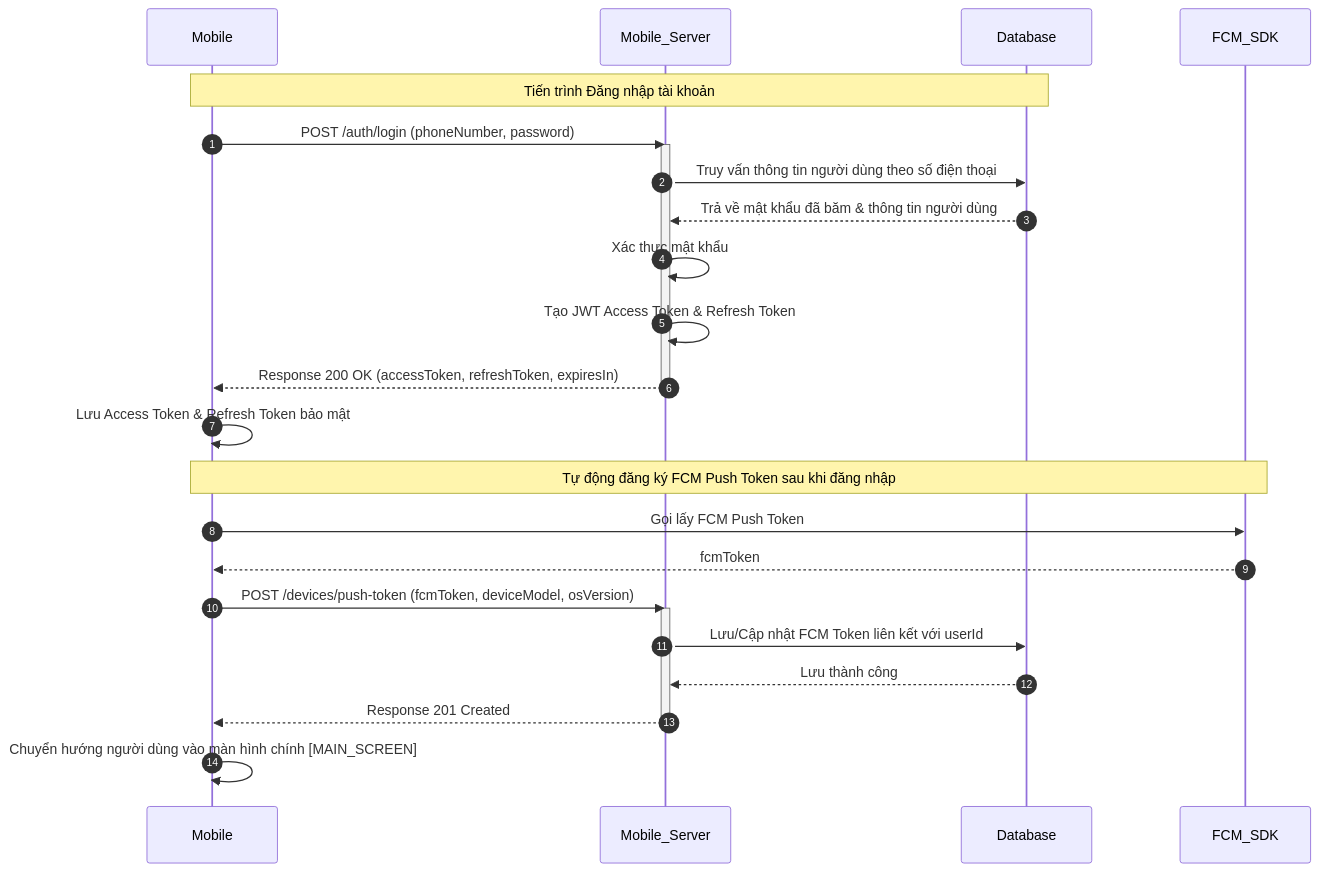
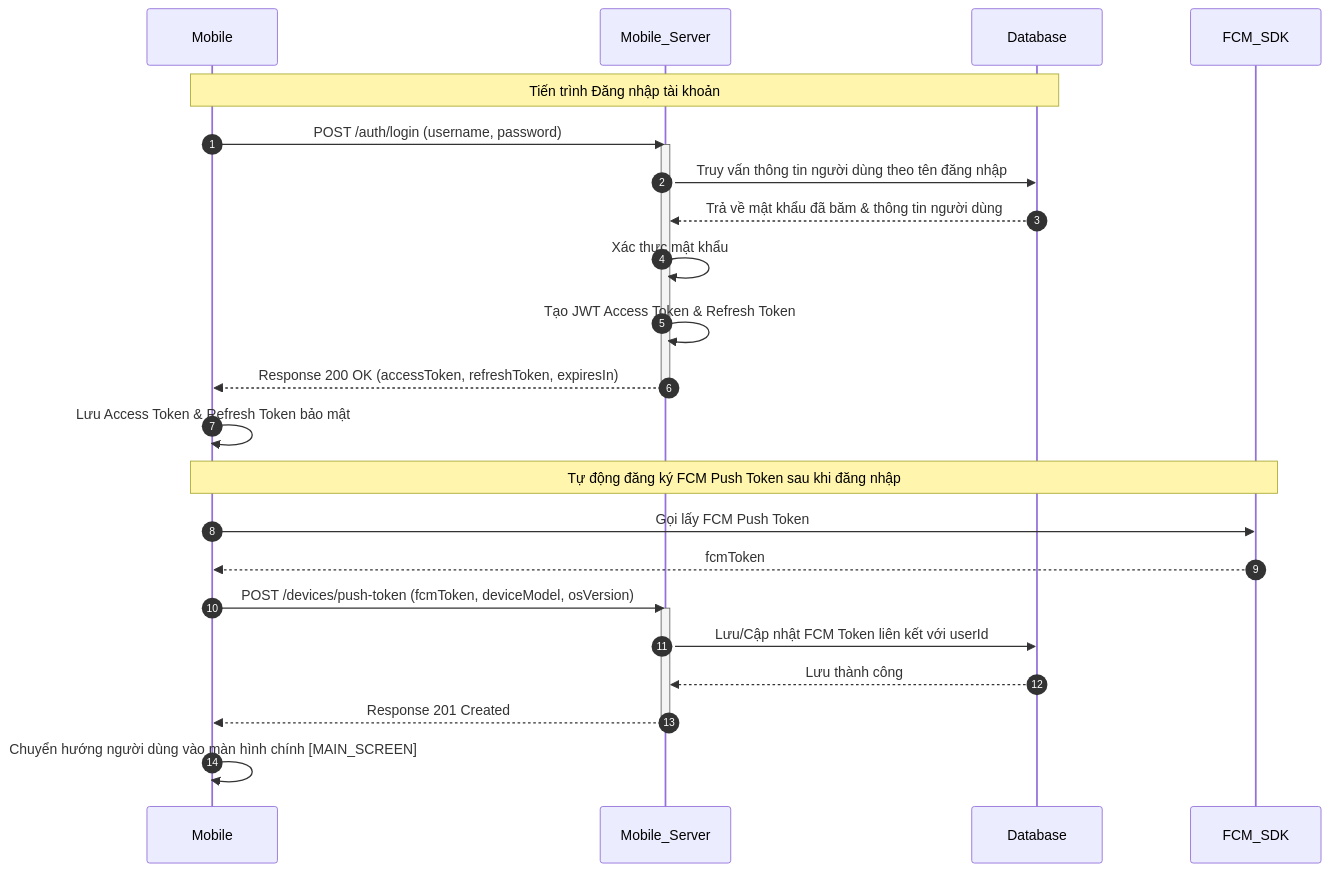
The third of 18 diagrams in docs/sequence-diagram.md (trungnguyenthien/Wildlife-Warning-and-Deterrence-System), drawn with Mermaid before and after one commit. The commit also changed other lines of this file and 2 other files, not shown here.

Commit message:
docs: update sequence diagram and API documentation to reflect current Android app specifications

````diff
--- a/docs/sequence-diagram.md
+++ b/docs/sequence-diagram.md
@@ -89,31 +89,31 @@
 ```mermaid
 sequenceDiagram
     autonumber
     participant Mobile as Mobile
     participant Mobile_Server as Mobile_Server
     participant Database as Database
     participant FCM_SDK as FCM_SDK
 
     Note over Mobile, Database: Tiến trình Đăng nhập tài khoản
-    Mobile->>Mobile_Server: POST /auth/login (phoneNumber, password)
+    Mobile->>Mobile_Server: POST /auth/login (username, password)
     activate Mobile_Server
-    Mobile_Server->>Database: Truy vấn thông tin người dùng theo số điện thoại
+    Mobile_Server->>Database: Truy vấn thông tin người dùng theo tên đăng nhập
     Database-->>Mobile_Server: Trả về mật khẩu đã băm & thông tin người dùng
     Mobile_Server->>Mobile_Server: Xác thực mật khẩu
     Mobile_Server->>Mobile_Server: Tạo JWT Access Token & Refresh Token
     Mobile_Server-->>Mobile: Response 200 OK (accessToken, refreshToken, expiresIn)
     deactivate Mobile_Server
 
     Mobile->>Mobile: Lưu Access Token & Refresh Token bảo mật
 
     Note over Mobile, FCM_SDK: Tự động đăng ký FCM Push Token sau khi đăng nhập
     Mobile->>FCM_SDK: Gọi lấy FCM Push Token
     FCM_SDK-->>Mobile: fcmToken
     Mobile->>Mobile_Server: POST /devices/push-token (fcmToken, deviceModel, osVersion)
     activate Mobile_Server
     Mobile_Server->>Database: Lưu/Cập nhật FCM Token liên kết với userId
     Database-->>Mobile_Server: Lưu thành công
     Mobile_Server-->>Mobile: Response 201 Created
     deactivate Mobile_Server
     Mobile->>Mobile: Chuyển hướng người dùng vào màn hình chính [MAIN_SCREEN]
 ```
````
